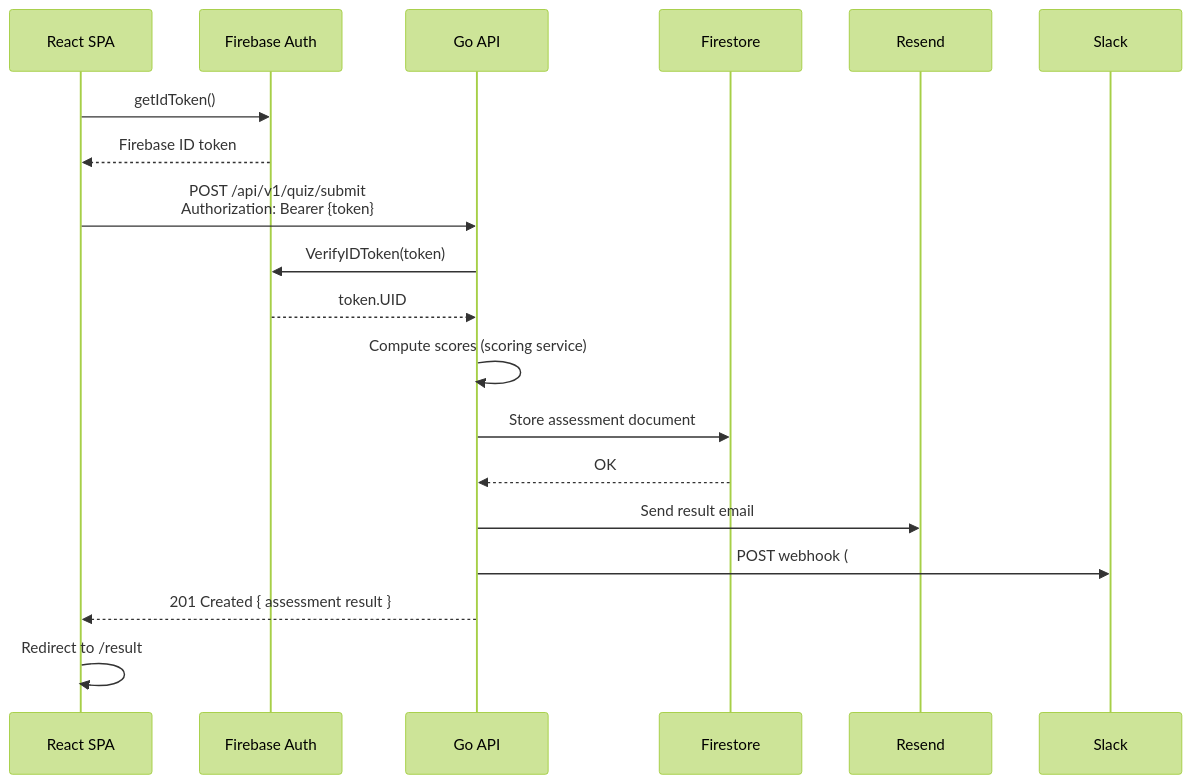
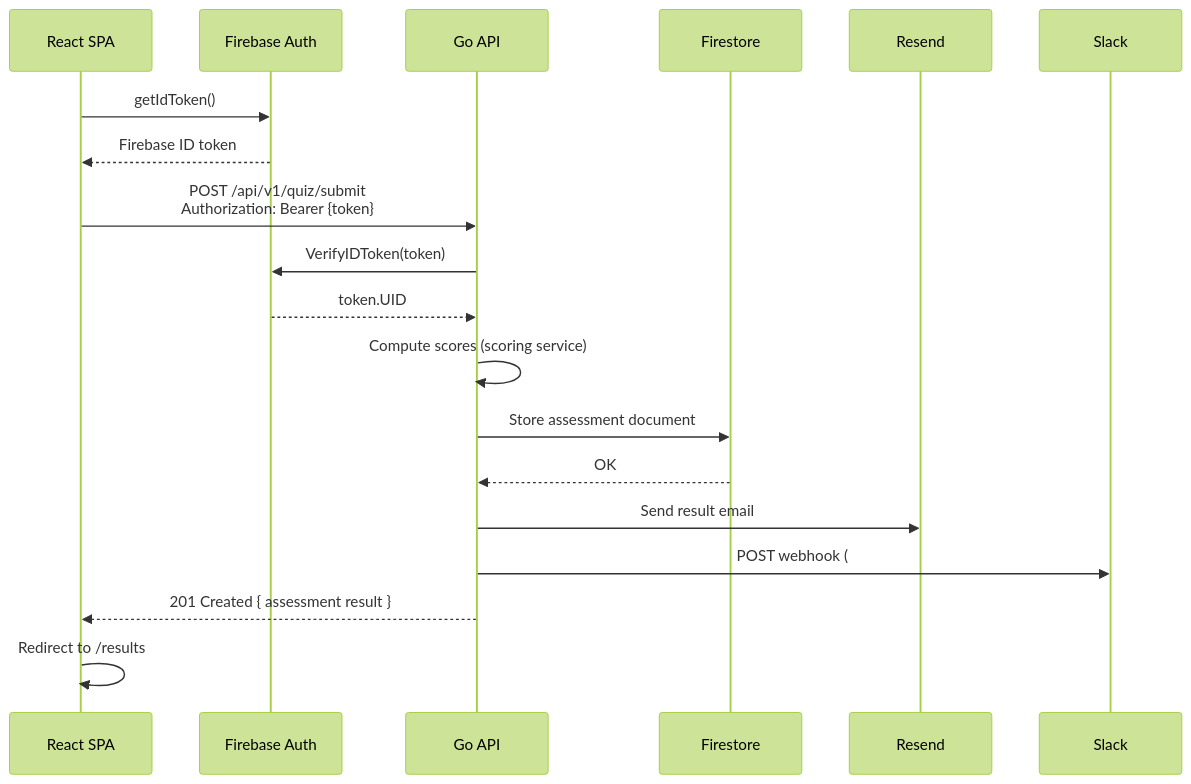
The third of 6 diagrams in docs/user-flow.md (sathittham/factory-sync-solutions), drawn with Mermaid (forest theme) before and after one commit. The commit also changed other lines of this file and 52 other files, not shown here.

````diff
--- a/docs/user-flow.md
+++ b/docs/user-flow.md
@@ -64,26 +64,26 @@
 ```mermaid
 sequenceDiagram
     participant SPA as React SPA
     participant FB as Firebase Auth
     participant API as Go API
     participant FS as Firestore
     participant RE as Resend
     participant SL as Slack
 
     SPA->>FB: getIdToken()
     FB-->>SPA: Firebase ID token
 
     SPA->>API: POST /api/v1/quiz/submit<br/>Authorization: Bearer {token}
     API->>FB: VerifyIDToken(token)
     FB-->>API: token.UID
 
     API->>API: Compute scores (scoring service)
     API->>FS: Store assessment document
     FS-->>API: OK
 
     API->>RE: Send result email
     API->>SL: POST webhook (#quiz-results)
 
     API-->>SPA: 201 Created { assessment result }
-    SPA->>SPA: Redirect to /result
+    SPA->>SPA: Redirect to /results
 ```
````
